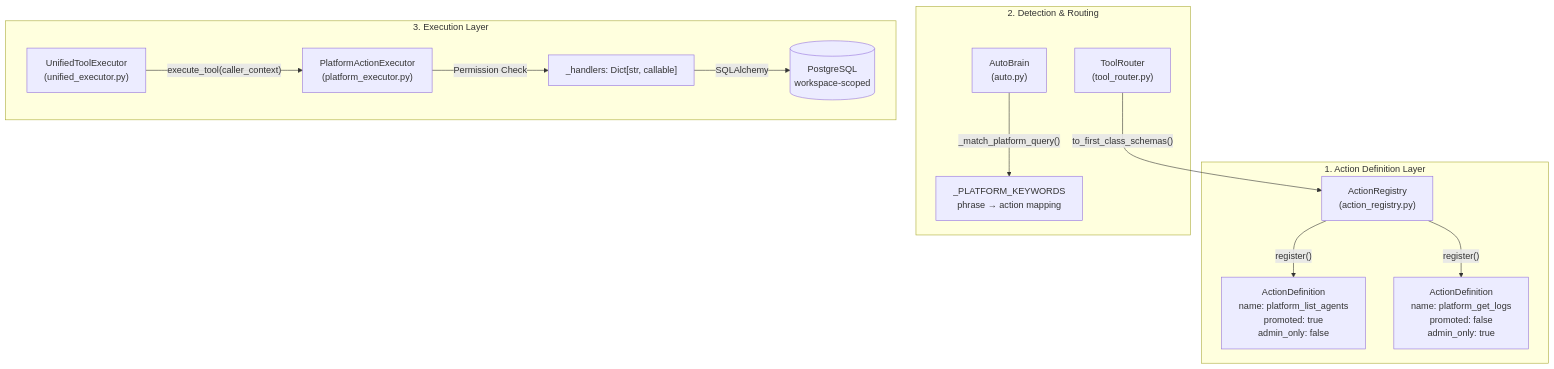
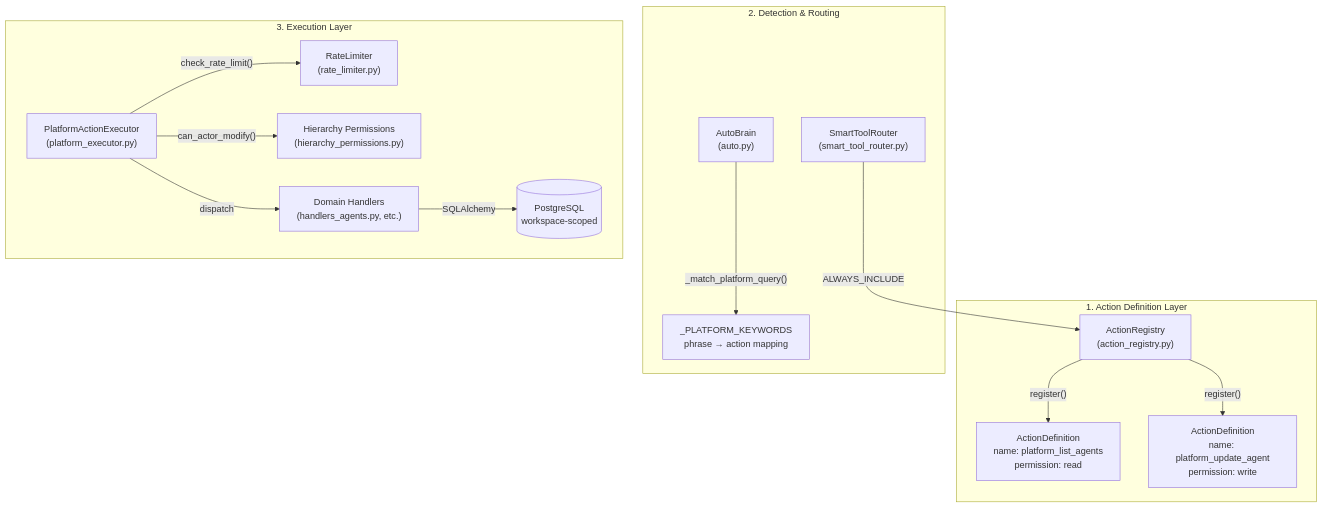
Before and after one commit to AutomatosAI/automatos-ai: the first of 3 diagrams in docs/platform-actions/platform-action-system.md, drawn with Mermaid. The commit also changed other lines of this file and 153 other files, not shown here.

````diff
--- a/docs/platform-actions/platform-action-system.md
+++ b/docs/platform-actions/platform-action-system.md
@@ -55,31 +29,33 @@
 ```mermaid
 graph TB
     subgraph "1. Action Definition Layer"
         Registry["ActionRegistry<br/>(action_registry.py)"]
-        Def1["ActionDefinition<br/>name: platform_list_agents<br/>promoted: true<br/>admin_only: false"]
-        Def2["ActionDefinition<br/>name: platform_get_logs<br/>promoted: false<br/>admin_only: true"]
+        Def1["ActionDefinition<br/>name: platform_list_agents<br/>permission: read"]
+        Def2["ActionDefinition<br/>name: platform_update_agent<br/>permission: write"]
         
         Registry -->|"register()"| Def1
         Registry -->|"register()"| Def2
     end
     
     subgraph "2. Detection & Routing"
         AutoBrain["AutoBrain<br/>(auto.py)"]
         Keywords["_PLATFORM_KEYWORDS<br/>phrase → action mapping"]
-        ToolRouter["ToolRouter<br/>(tool_router.py)"]
+        ToolRouter["SmartToolRouter<br/>(smart_tool_router.py)"]
         
         AutoBrain -->|"_match_platform_query()"| Keywords
-        ToolRouter -->|"to_first_class_schemas()"| Registry
+        ToolRouter -->|"ALWAYS_INCLUDE"| Registry
     end
     
     subgraph "3. Execution Layer"
-        UnifiedExec["UnifiedToolExecutor<br/>(unified_executor.py)"]
         Executor["PlatformActionExecutor<br/>(platform_executor.py)"]
-        Handlers["_handlers: Dict[str, callable]"]
+        Handlers["Domain Handlers<br/>(handlers_agents.py, etc.)"]
+        Sec["Hierarchy Permissions<br/>(hierarchy_permissions.py)"]
+        Rate["RateLimiter<br/>(rate_limiter.py)"]
         DB[("PostgreSQL<br/>workspace-scoped")]
         
-        UnifiedExec -->|"execute_tool(caller_context)"| Executor
-        Executor -->|"Permission Check"| Handlers
+        Executor -->|"check_rate_limit()"| Rate
+        Executor -->|"can_actor_modify()"| Sec
+        Executor -->|"dispatch"| Handlers
         Handlers -->|"SQLAlchemy"| DB
     end
 ```
````
